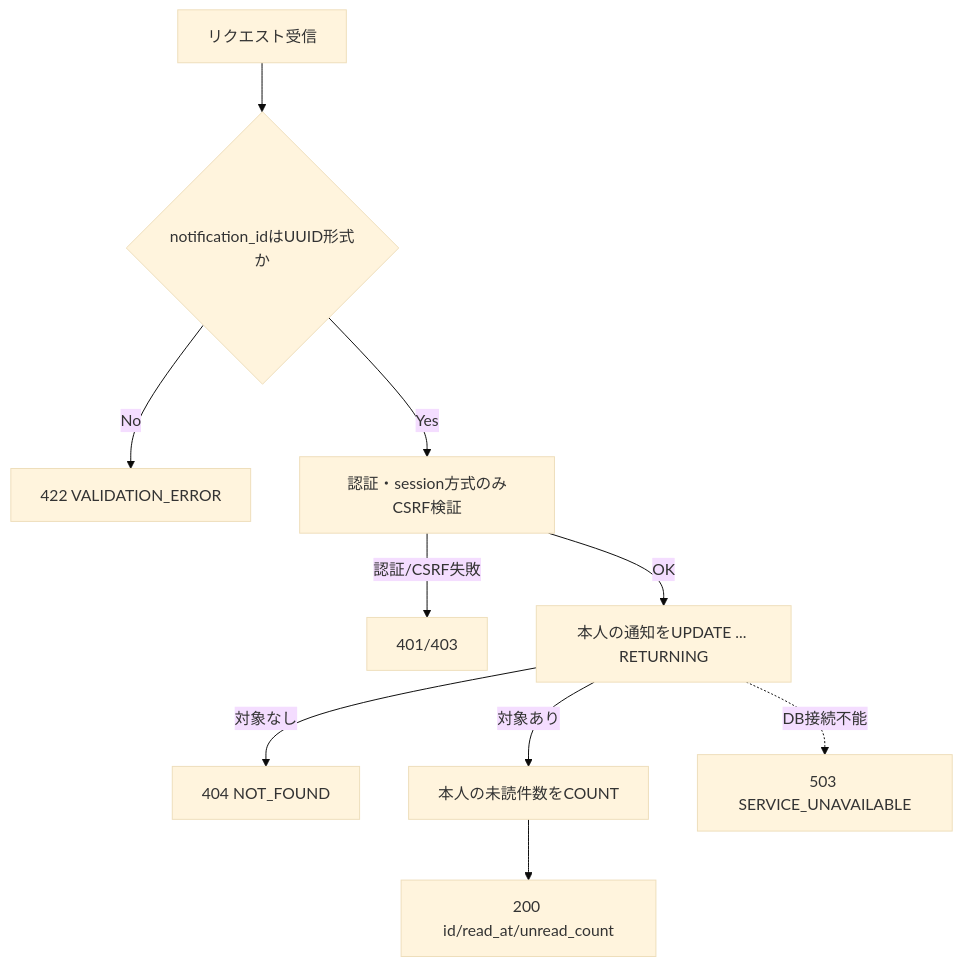
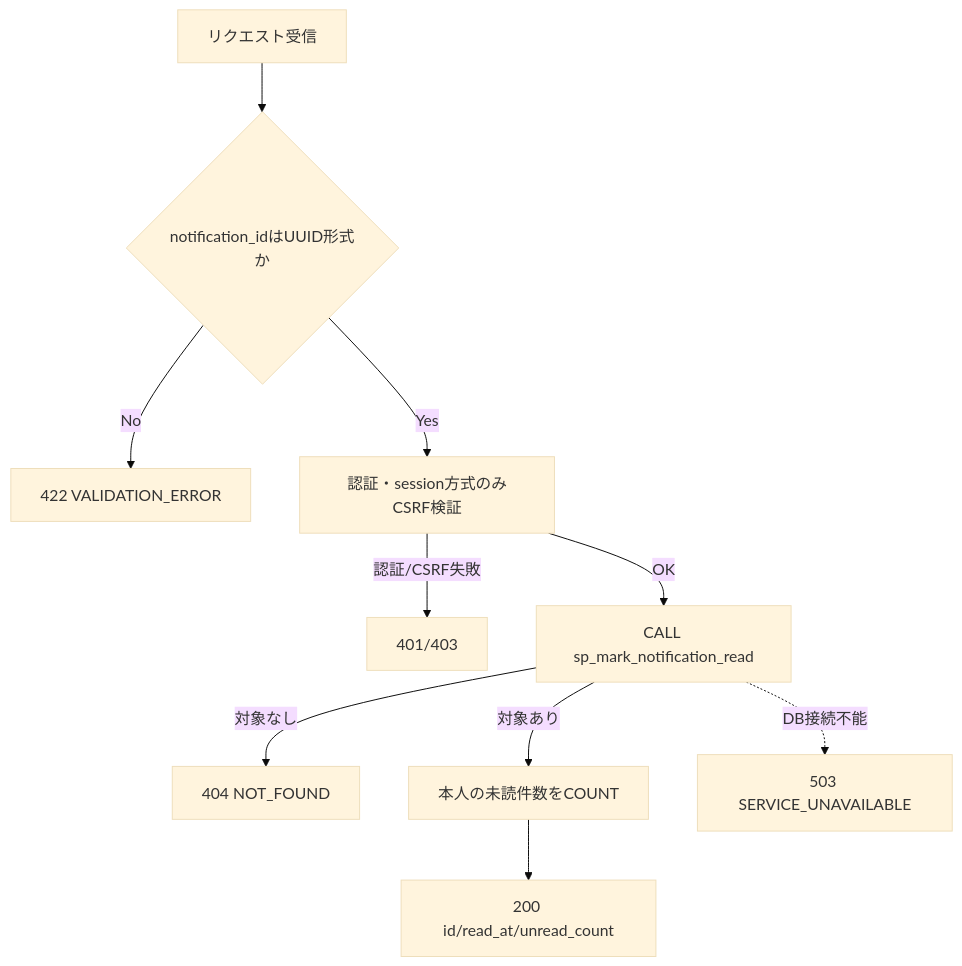
The second of 4 diagrams in detailed_design/api/notifications/03_patch_notification_read.md (oikawa-d/task_management), drawn with Mermaid (base theme) before and after one commit. The commit also changed other lines of this file and 58 other files, not shown here.

````diff
--- a/detailed_design/api/notifications/03_patch_notification_read.md
+++ b/detailed_design/api/notifications/03_patch_notification_read.md
@@ -129,12 +129,12 @@
 ```mermaid
 flowchart TB
     A["リクエスト受信"] --> B{"notification_idはUUID形式か"}
     B -->|No| E1["422 VALIDATION_ERROR"]
     B -->|Yes| C["認証・session方式のみCSRF検証"]
     C -->|認証/CSRF失敗| E2["401/403"]
-    C -->|OK| D["本人の通知をUPDATE ... RETURNING"]
+    C -->|OK| D["CALL sp_mark_notification_read"]
     D -->|対象なし| E3["404 NOT_FOUND"]
     D -->|対象あり| F["本人の未読件数をCOUNT"]
     F --> G["200 id/read_at/unread_count"]
     D -.->|DB接続不能| E4["503 SERVICE_UNAVAILABLE"]
 ```
````
